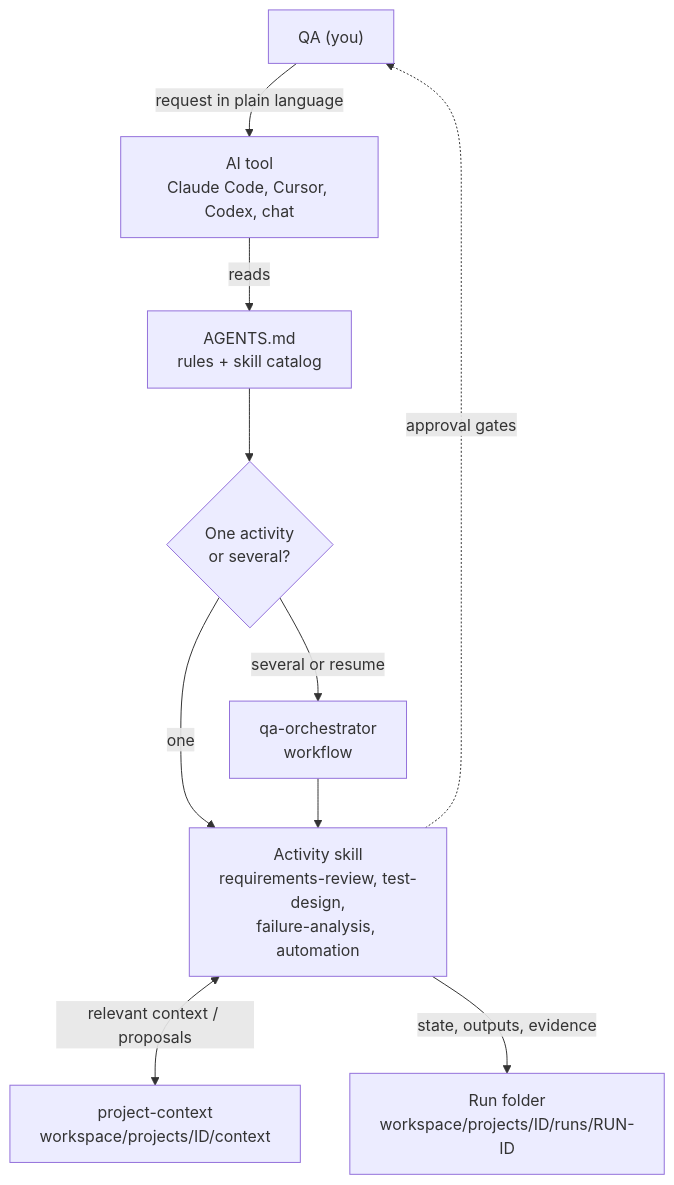
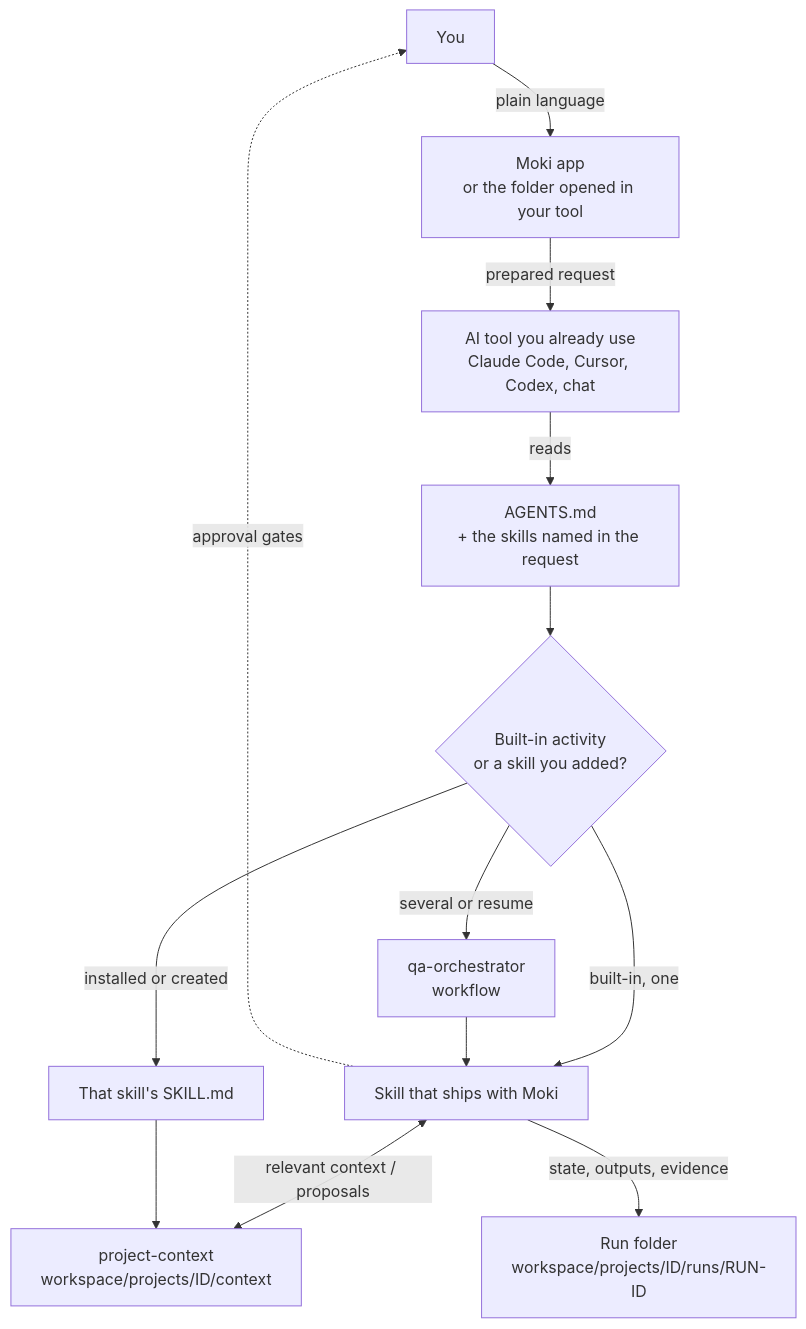
Before and after one commit to MagnoSz/quality-agents: the first of 10 diagrams in README.md, drawn with Mermaid. The commit also changed other lines of this file and 23 other files, not shown here.

````diff
--- a/README.md
+++ b/README.md
@@ -89,12 +95,15 @@
 ```mermaid
 flowchart TD
-  U["QA (you)"] -->|"request in plain language"| T["AI tool<br/>Claude Code, Cursor, Codex, chat"]
-  T -->|reads| A["AGENTS.md<br/>rules + skill catalog"]
-  A --> O{"One activity<br/>or several?"}
-  O -->|one| S["Activity skill<br/>requirements-review, test-design,<br/>failure-analysis, automation"]
+  U["You"] -->|"plain language"| APP["Moki app<br/>or the folder opened in your tool"]
+  APP -->|"prepared request"| T["AI tool you already use<br/>Claude Code, Cursor, Codex, chat"]
+  T -->|reads| A["AGENTS.md<br/>+ the skills named in the request"]
+  A --> O{"Built-in activity<br/>or a skill you added?"}
+  O -->|built-in, one| S["Skill that ships with Moki"]
   O -->|"several or resume"| W["qa-orchestrator<br/>workflow"]
+  O -->|installed or created| X["That skill's SKILL.md"]
   W --> S
   S <-->|"relevant context / proposals"| C["project-context<br/>workspace/projects/ID/context"]
+  X --> C
   S -->|"state, outputs, evidence"| R["Run folder<br/>workspace/projects/ID/runs/RUN-ID"]
   S -.->|"approval gates"| U
 ```
````
